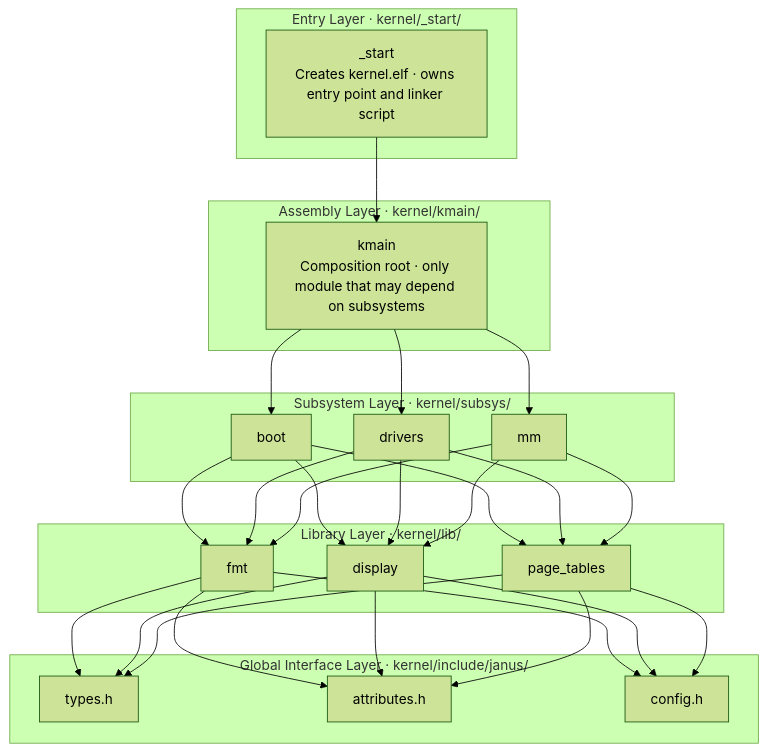
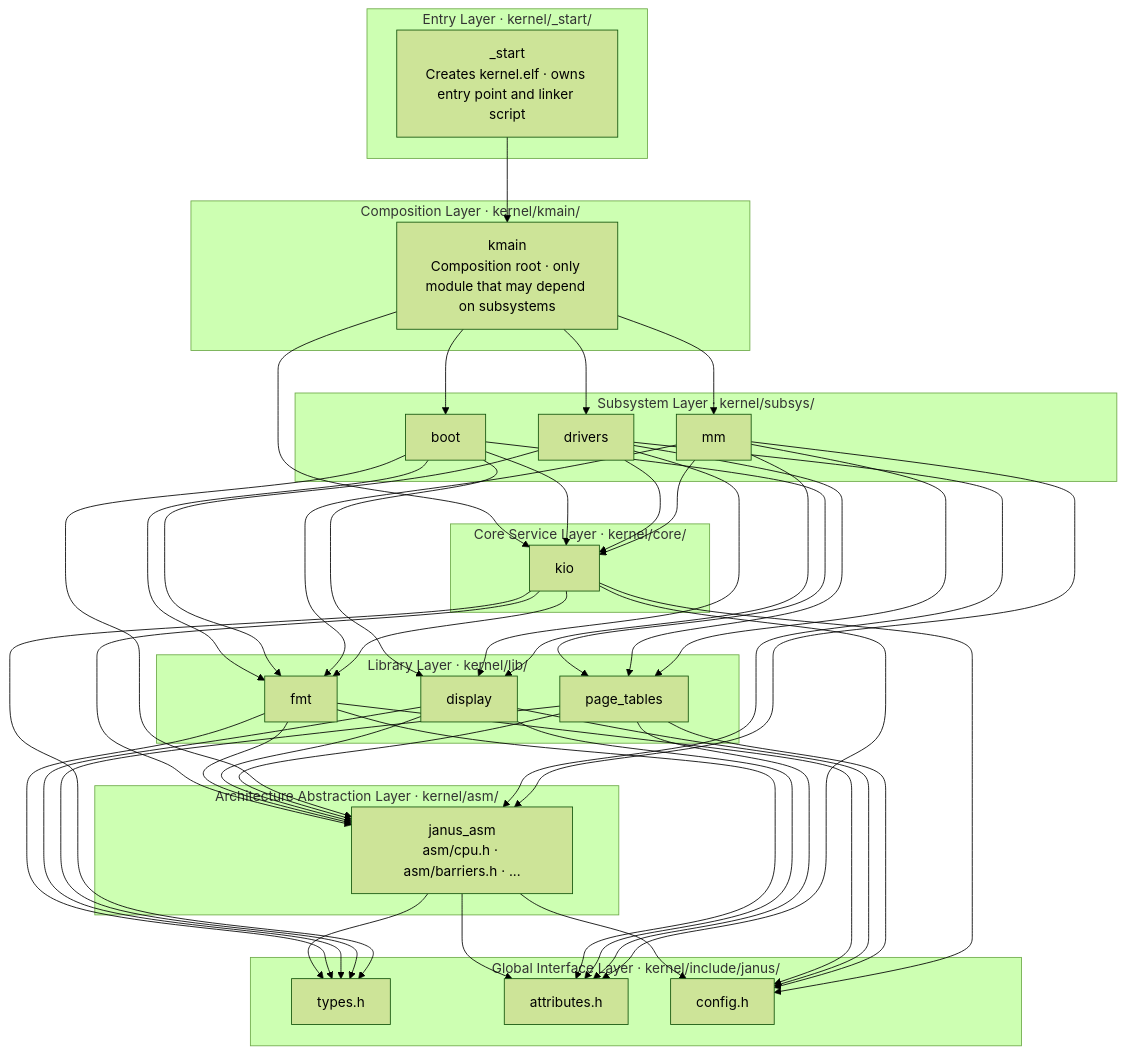
Before and after one commit to FrederikTobner/JANUS: the diagram in docs/src/project/architecture/layer-model.md, drawn with Mermaid (forest theme). The commit also changed other lines of this file and 61 other files, not shown here.

````diff
--- a/docs/src/project/architecture/layer-model.md
+++ b/docs/src/project/architecture/layer-model.md
@@ -7,23 +7,37 @@
 ```mermaid
 graph TD
   subgraph entry["Entry Layer · kernel/_start/"]
     _start["_start\nCreates kernel.elf · owns entry point and linker script"]
   end
-  subgraph assembly["Assembly Layer · kernel/kmain/"]
+  subgraph composition["Composition Layer · kernel/kmain/"]
     kmain["kmain\nComposition root · only module that may depend on subsystems"]
   end
   subgraph subsys["Subsystem Layer · kernel/subsys/"]
     boot["boot"] & drivers["drivers"] & mm["mm"]
   end
+  subgraph core["Core Service Layer · kernel/core/"]
+    kio["kio"]
+  end
   subgraph libs["Library Layer · kernel/lib/"]
     fmt["fmt"] & display["display"] & page_tables["page_tables"]
+  end
+  subgraph asm["Architecture Abstraction Layer · kernel/asm/"]
+    janus_asm["janus_asm\nasm/cpu.h · asm/barriers.h · ..."]
   end
   subgraph global["Global Interface Layer · kernel/include/janus/"]
     types["types.h"] & attributes["attributes.h"] & config["config.h"]
   end
 
   _start --> kmain
   kmain --> boot & drivers & mm
+  kmain --> kio
+  boot & drivers & mm --> kio
   boot & drivers & mm --> fmt & display & page_tables
+  kio --> fmt
+  kio --> janus_asm
+  fmt & display & page_tables --> janus_asm
+  boot & drivers & mm --> janus_asm
+  janus_asm --> types & attributes & config
   fmt & display & page_tables --> types & attributes & config
+  kio --> types & attributes & config
 ```
````
